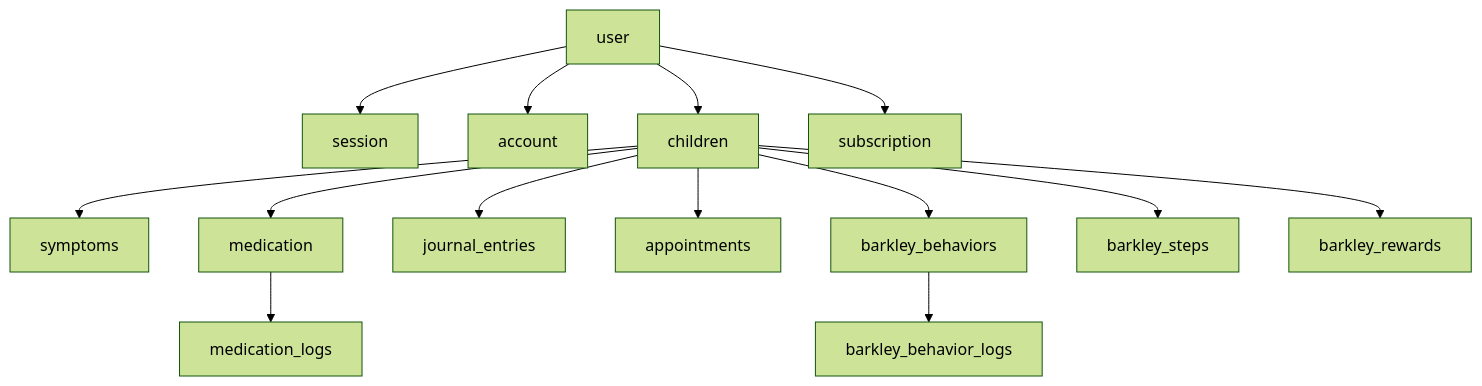
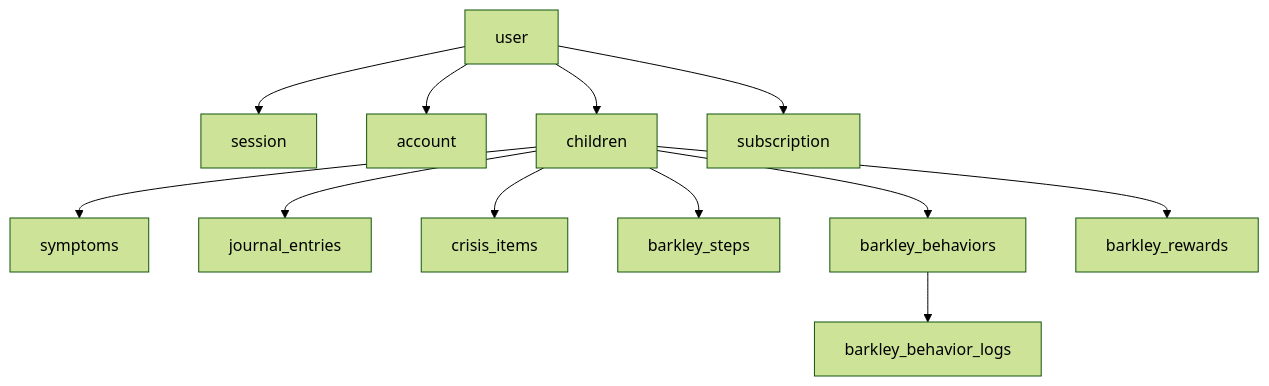
The diagram in docs/database-schema.md (Wifsimster/toko), drawn with Mermaid (forest theme) before and after one commit. The commit also changed other lines of this file and 5 other files, not shown here.

````diff
--- a/docs/database-schema.md
+++ b/docs/database-schema.md
@@ -7,16 +7,14 @@
 ```mermaid
 graph TD
     U[user] --> S[session]
     U --> A[account]
     U --> C[children]
     U --> SUB[subscription]
     C --> SY[symptoms]
-    C --> M[medication]
     C --> J[journal_entries]
-    C --> AP[appointments]
+    C --> CR[crisis_items]
+    C --> BS[barkley_steps]
     C --> BB[barkley_behaviors]
-    C --> BS[barkley_steps]
-    C --> BR[barkley_rewards]
-    M --> ML[medication_logs]
+    C --> BRW[barkley_rewards]
     BB --> BL[barkley_behavior_logs]
 ```
````
